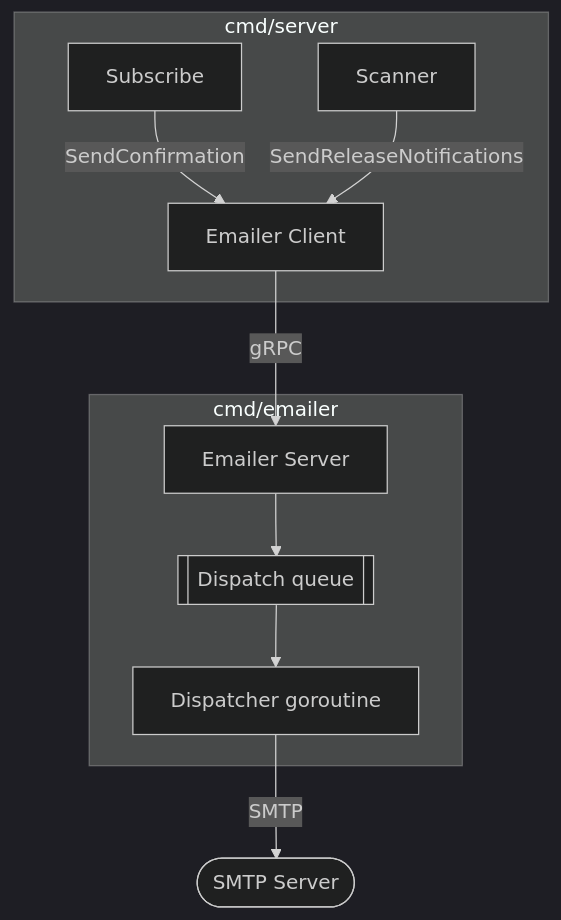
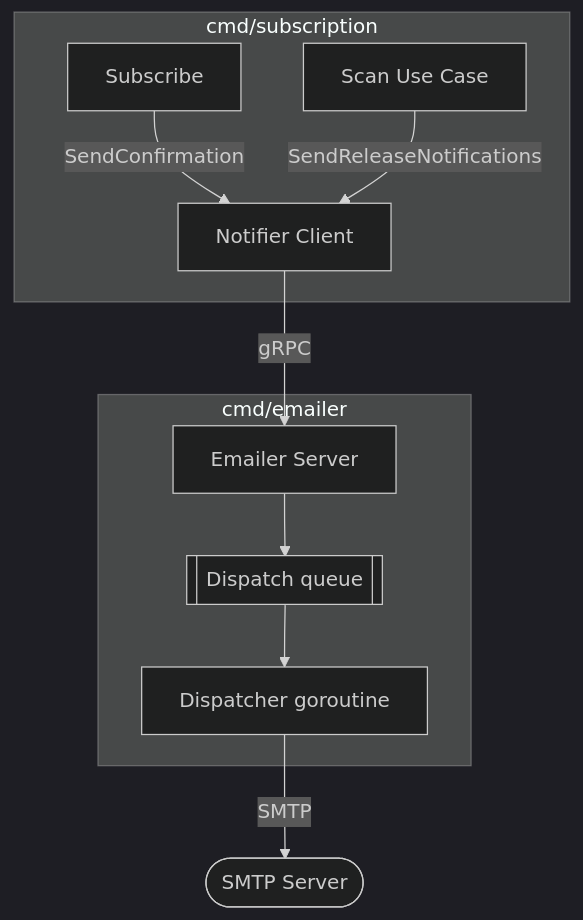
The fourth of 4 diagrams in docs/sdd.md (GenesisEducationKyiv/software-engineering-school-6-0-mzabrodin), drawn with Mermaid (dark theme) before and after one commit. The commit also changed other lines of this file, not shown here.

Commit message:
refactor(docs): update SDD to reflect scanner extraction and clarify architecture of subscription app

````diff
--- a/docs/sdd.md
+++ b/docs/sdd.md
@@ -202,23 +219,22 @@
 ```mermaid
 flowchart TD
-    subgraph appbin[cmd/server]
+    subgraph appbin[cmd/subscription]
         Sub[Subscribe]
-        Scan[Scanner]
-        EC[Emailer Client]
+        ScanUC[Scan Use Case]
+        EC[Notifier Client]
     end
 
     subgraph emailerbin[cmd/emailer]
         ES[Emailer Server]
         Queue[[Dispatch queue]]
         Disp[Dispatcher goroutine]
     end
 
     SMTP([SMTP Server])
-
-    Sub -- "SendConfirmation" --> EC
-    Scan -- "SendReleaseNotifications" --> EC
-    EC -- "gRPC" --> ES
+    Sub -- " SendConfirmation " --> EC
+    ScanUC -- " SendReleaseNotifications " --> EC
+    EC -- " gRPC " --> ES
     ES --> Queue
     Queue --> Disp
-    Disp -- "SMTP" --> SMTP
+    Disp -- " SMTP " --> SMTP
 ```
````
